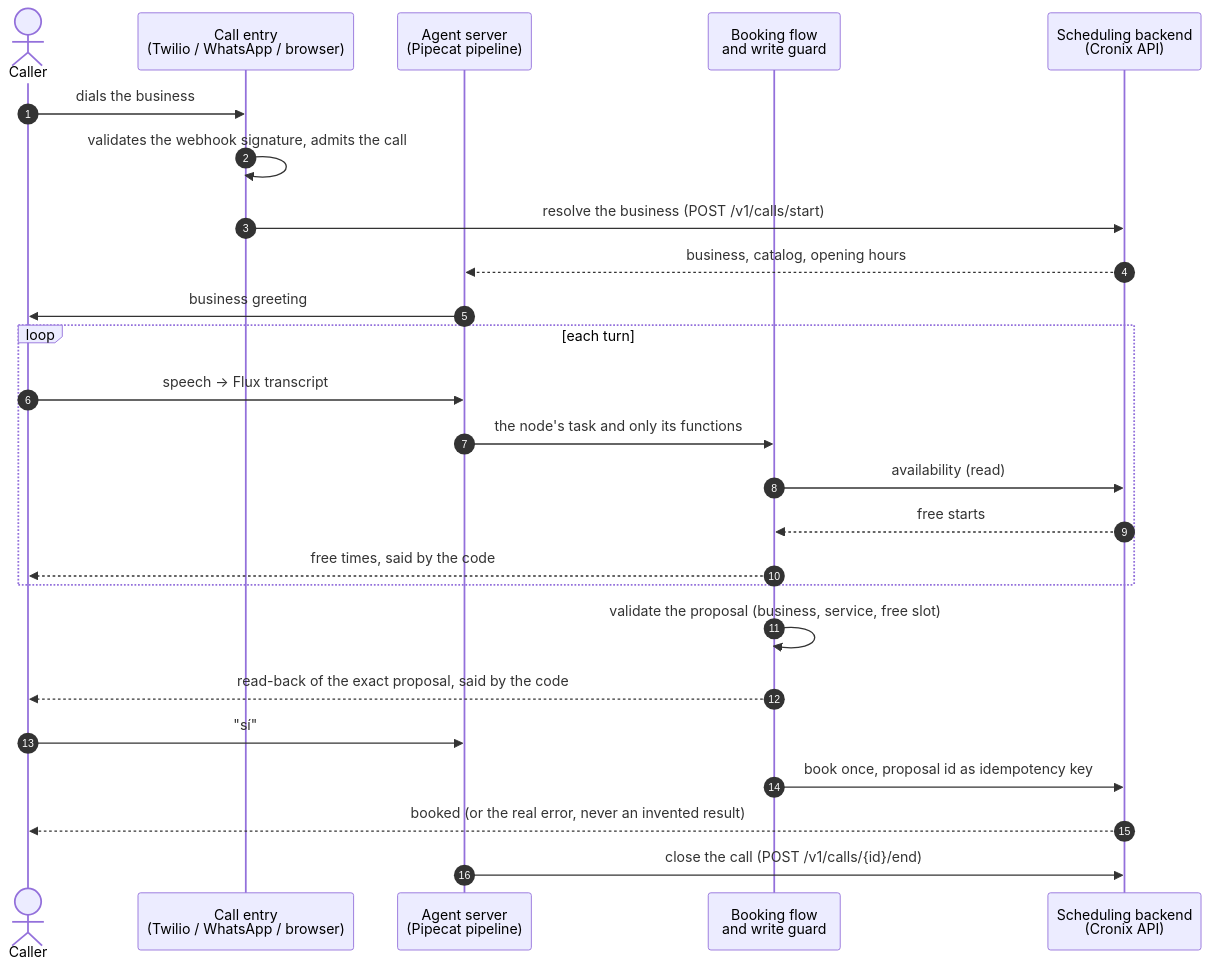
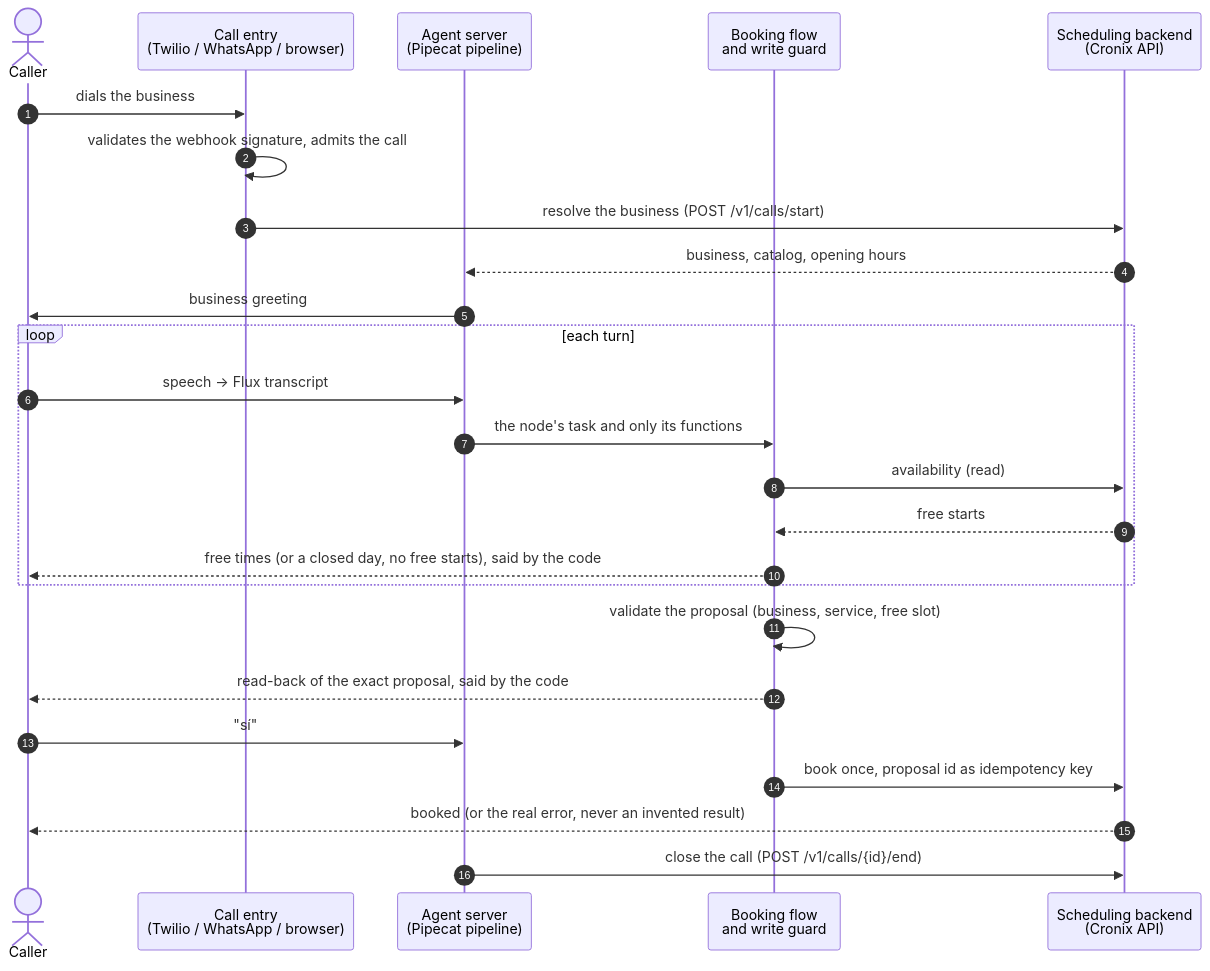
One commit to ROMEROLUIS15/voice-call-agent changed the first of 2 diagrams in README.md. Above: the diagram before and after it, drawn with Mermaid. The commit also changed other lines of this file and 5 other files, not shown here.

Commit message:
test(evals): new baseline with the code saying the results that keep the caller on the request, every measure 1.00

````diff
--- a/README.md
+++ b/README.md
@@ -54,28 +54,28 @@
 ```mermaid
 sequenceDiagram
     autonumber
     actor Caller
     participant Entry as Call entry<br/>(Twilio / WhatsApp / browser)
     participant Agent as Agent server<br/>(Pipecat pipeline)
     participant Flow as Booking flow<br/>and write guard
     participant Backend as Scheduling backend<br/>(Cronix API)
 
     Caller->>Entry: dials the business
     Entry->>Entry: validates the webhook signature, admits the call
     Entry->>Backend: resolve the business (POST /v1/calls/start)
     Backend-->>Agent: business, catalog, opening hours
     Agent->>Caller: business greeting
     loop each turn
         Caller->>Agent: speech → Flux transcript
         Agent->>Flow: the node's task and only its functions
         Flow->>Backend: availability (read)
         Backend-->>Flow: free starts
-        Flow-->>Caller: free times, said by the code
+        Flow-->>Caller: free times (or a closed day, no free starts), said by the code
     end
     Flow->>Flow: validate the proposal (business, service, free slot)
     Flow-->>Caller: read-back of the exact proposal, said by the code
     Caller->>Agent: "sí"
     Flow->>Backend: book once, proposal id as idempotency key
     Backend-->>Caller: booked (or the real error, never an invented result)
     Agent->>Backend: close the call (POST /v1/calls/{id}/end)
 ```
````
